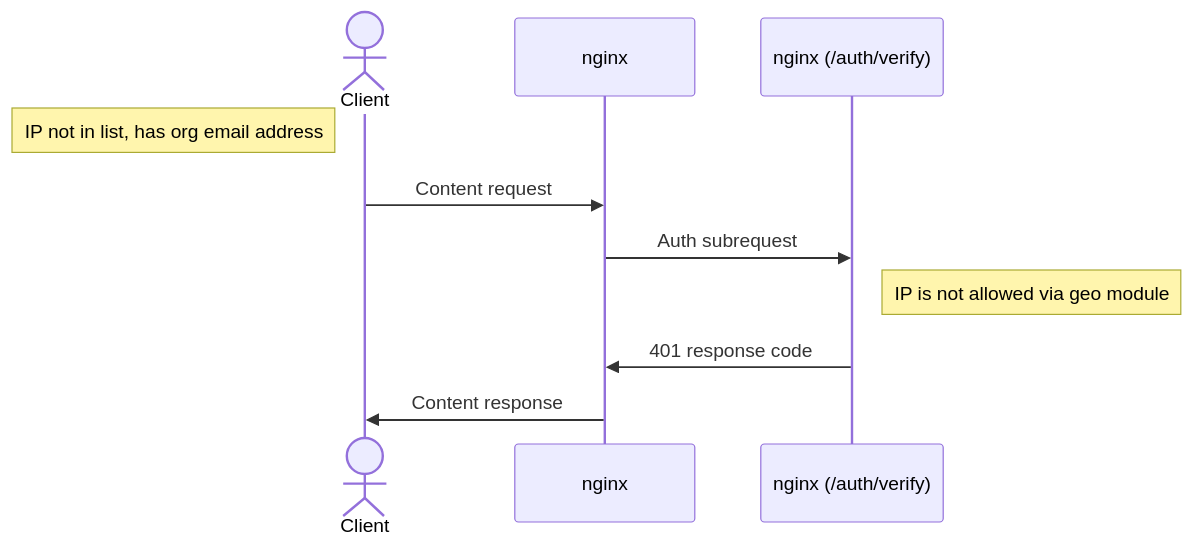
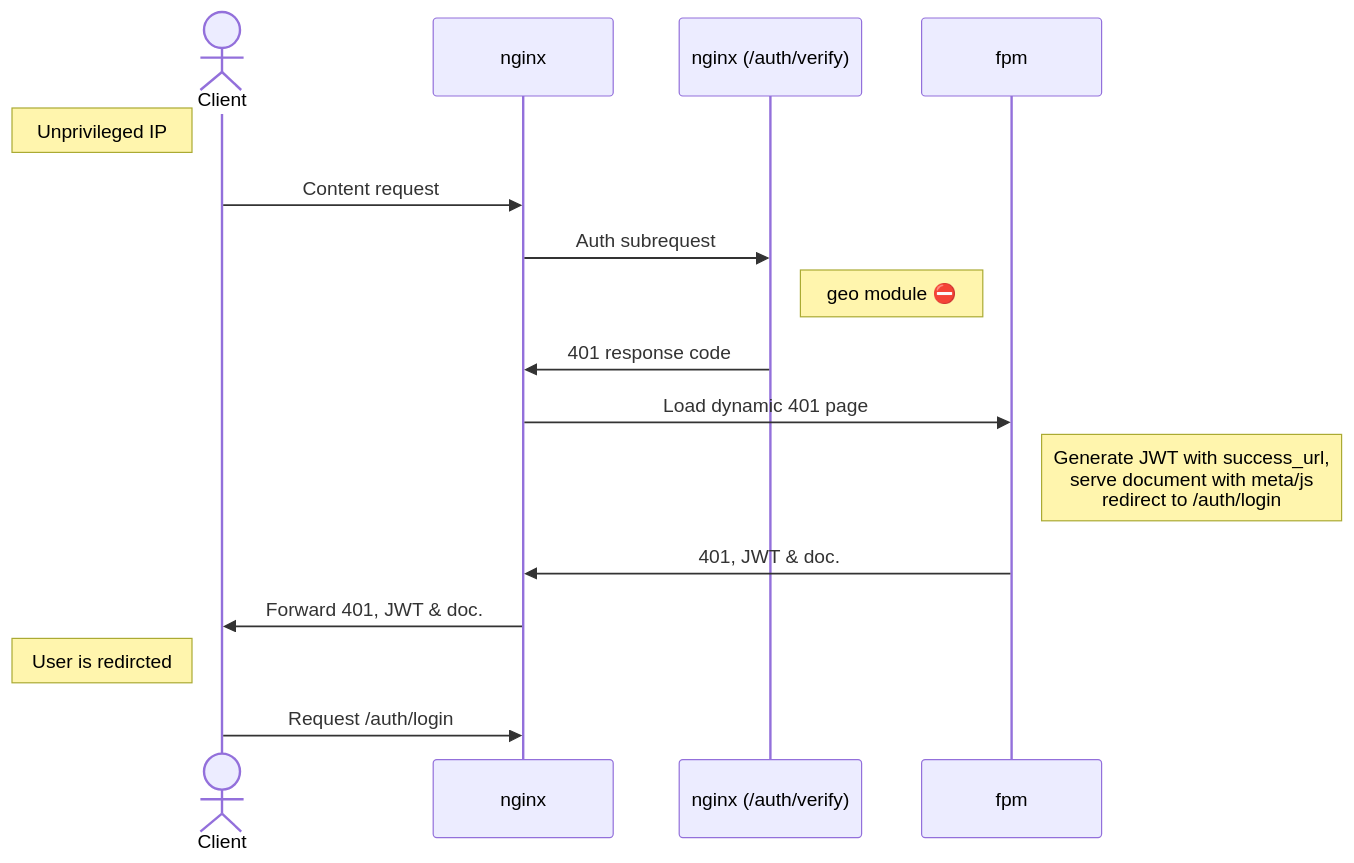
The fourth of 6 diagrams in .github/README.md (ministryofjustice/intranet), drawn with Mermaid before and after one commit. The commit also changed other lines of this file, not shown here.

Commit message:
Checkin oauth diagrams

````diff
--- a/.github/README.md
+++ b/.github/README.md
@@ -451,10 +453,15 @@
 ```mermaid
 sequenceDiagram
     actor Client
-    Note left of Client: IP not in list, has org email address
+    Note left of Client: Unprivileged IP
     Client->>nginx: Content request
     nginx->>nginx (/auth/verify): Auth subrequest
-    Note right of nginx (/auth/verify): IP is not allowed via geo module
+    Note right of nginx (/auth/verify): geo module ⛔️
     nginx (/auth/verify)->>nginx: 401 response code
-    nginx->>Client: Content response
+    nginx->>fpm: Load dynamic 401 page
+    Note right of fpm: Generate JWT with success_url,<br/>serve document with meta/js<br/>redirect to /auth/login
+    fpm->>nginx: 401, JWT & doc.
+    nginx->>Client: Forward 401, JWT & doc.
+    Note left of Client: User is redircted
+    Client->>nginx: Request /auth/login
 ```
````
